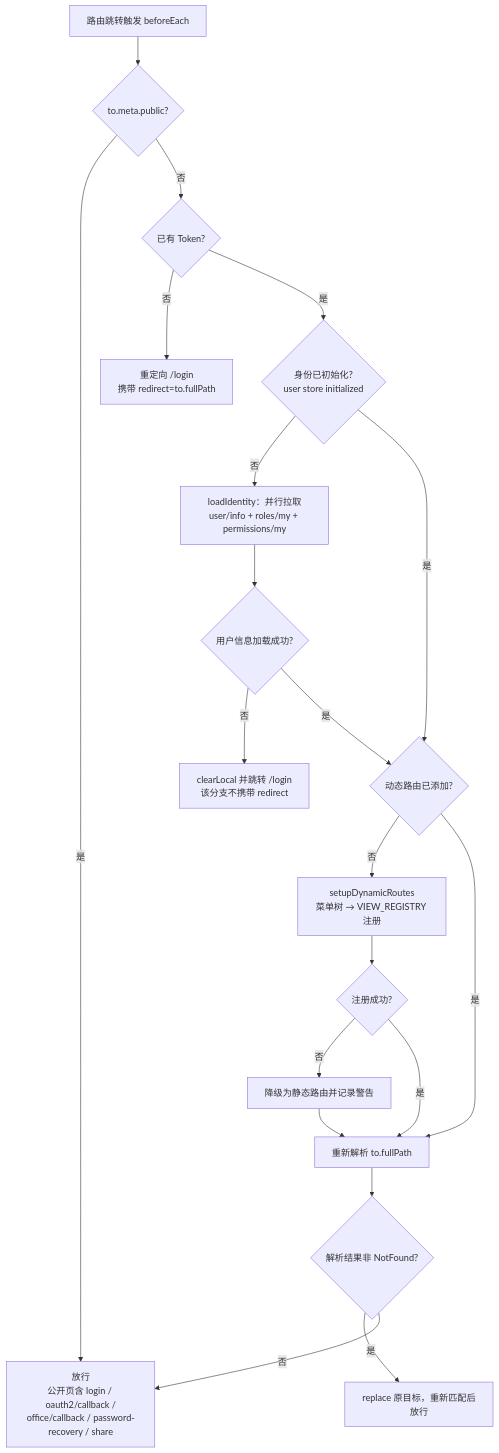
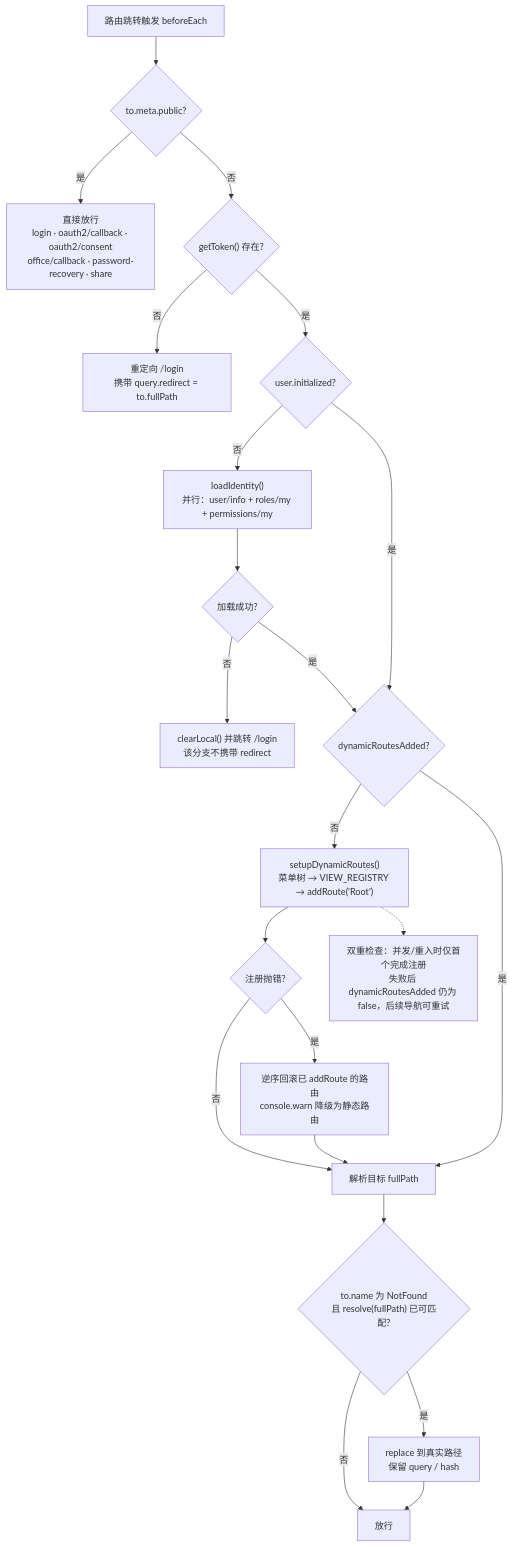
Before and after one commit to apex-cloud-service/apex-admin-web: the diagram in docs/diagrams/architecture-auth-and-routing-02.mmd, drawn with Mermaid. The commit also changed 149 other files, not shown here.

First line of the commit message:
docs(governance): FE-033 全仓文档/脚本/配置目录重组与图表重制收口

```diff
--- a/docs/diagrams/architecture-auth-and-routing-02.mmd
+++ b/docs/diagrams/architecture-auth-and-routing-02.mmd
@@ -1,20 +1,22 @@
 flowchart TD
-    A[路由跳转触发 beforeEach] --> B{to.meta.public?}
-    B -- 是 --> Z[放行<br/>公开页含 login / oauth2/callback /<br/>office/callback / password-recovery / share]
-    B -- 否 --> C{已有 Token?}
-    C -- 否 --> D[重定向 /login<br/>携带 redirect=to.fullPath]
-    C -- 是 --> E{身份已初始化?<br/>user store initialized}
-    E -- 否 --> F[loadIdentity：并行拉取<br/>user/info + roles/my + permissions/my]
-    F --> G{用户信息加载成功?}
-    G -- 否 --> I[clearLocal 并跳转 /login<br/>该分支不携带 redirect]
-    G -- 是 --> J{动态路由已添加?}
-    E -- 是 --> J
-    J -- 否 --> K[setupDynamicRoutes<br/>菜单树 → VIEW_REGISTRY 注册]
-    K --> L{注册成功?}
-    L -- 否 --> M[降级为静态路由并记录警告]
-    L -- 是 --> N[重新解析 to.fullPath]
-    M --> N
-    J -- 是 --> N
-    N --> O{解析结果非 NotFound?}
-    O -- 是 --> P[replace 原目标，重新匹配后放行]
-    O -- 否 --> Z
+    A["路由跳转触发 beforeEach"] --> B{"to.meta.public?"}
+    B -- 是 --> Z["直接放行<br/>login · oauth2/callback · oauth2/consent<br/>office/callback · password-recovery · share"]
+    B -- 否 --> C{"getToken() 存在?"}
+    C -- 否 --> D["重定向 /login<br/>携带 query.redirect = to.fullPath"]
+    C -- 是 --> E{"user.initialized?"}
+    E -- 否 --> F["loadIdentity()<br/>并行：user/info + roles/my + permissions/my"]
+    F --> G{"加载成功?"}
+    G -- 否 --> H["clearLocal() 并跳转 /login<br/>该分支不携带 redirect"]
+    G -- 是 --> J
+    E -- 是 --> J{"dynamicRoutesAdded?"}
+    J -- 否 --> K["setupDynamicRoutes()<br/>菜单树 → VIEW_REGISTRY → addRoute('Root')"]
+    K --> K1{"注册抛错?"}
+    K1 -- 是 --> K2["逆序回滚已 addRoute 的路由<br/>console.warn 降级为静态路由"]
+    K1 -- 否 --> L
+    K2 --> L["解析目标 fullPath"]
+    J -- 是 --> L
+    L --> M{"to.name 为 NotFound<br/>且 resolve(fullPath) 已可匹配?"}
+    M -- 是 --> N["replace 到真实路径<br/>保留 query / hash"]
+    M -- 否 --> Z2["放行"]
+    N --> Z2
+    K -.-> NOTE2["双重检查：并发/重入时仅首个完成注册<br/>失败后 dynamicRoutesAdded 仍为 false，后续导航可重试"]
```
